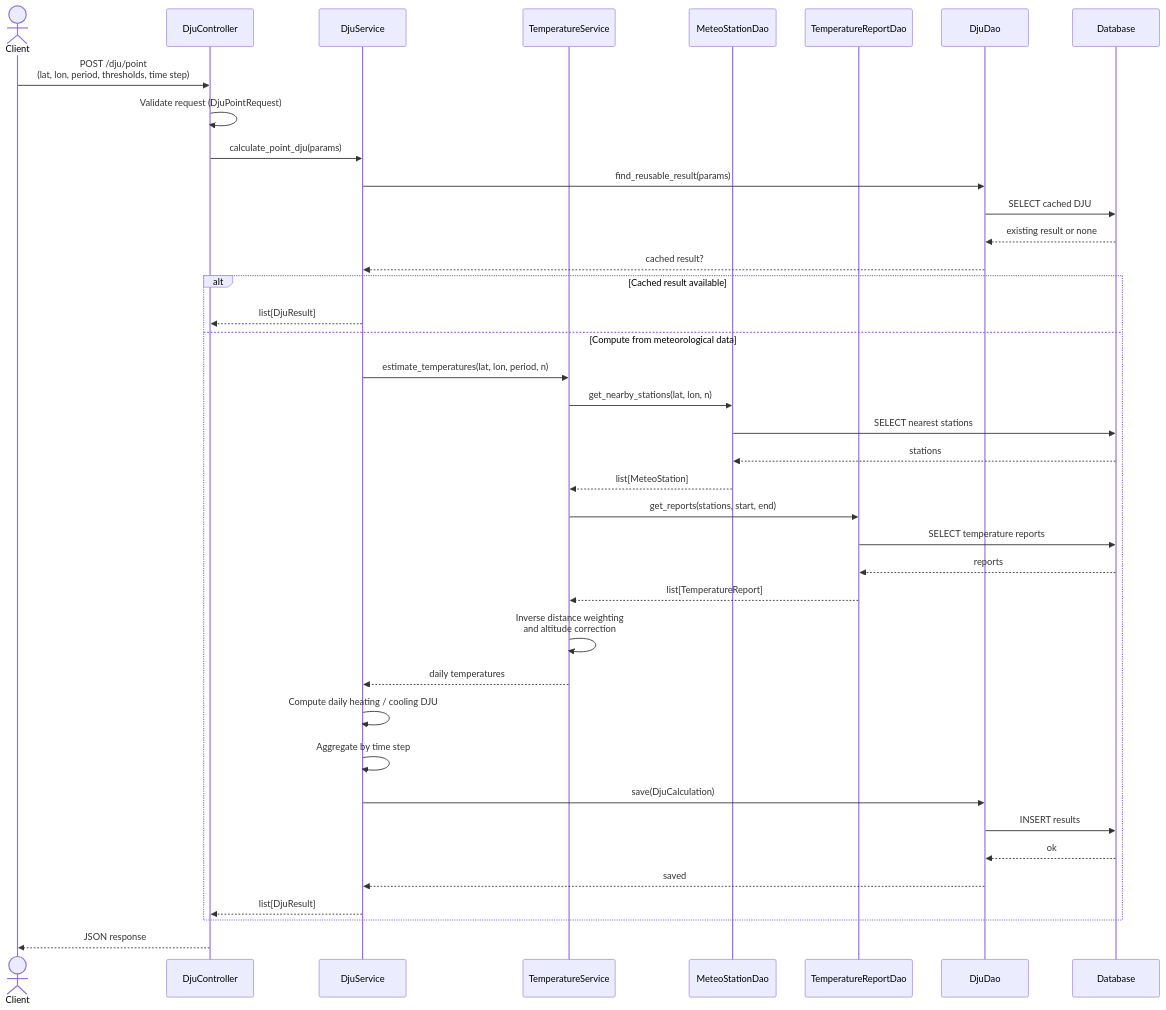
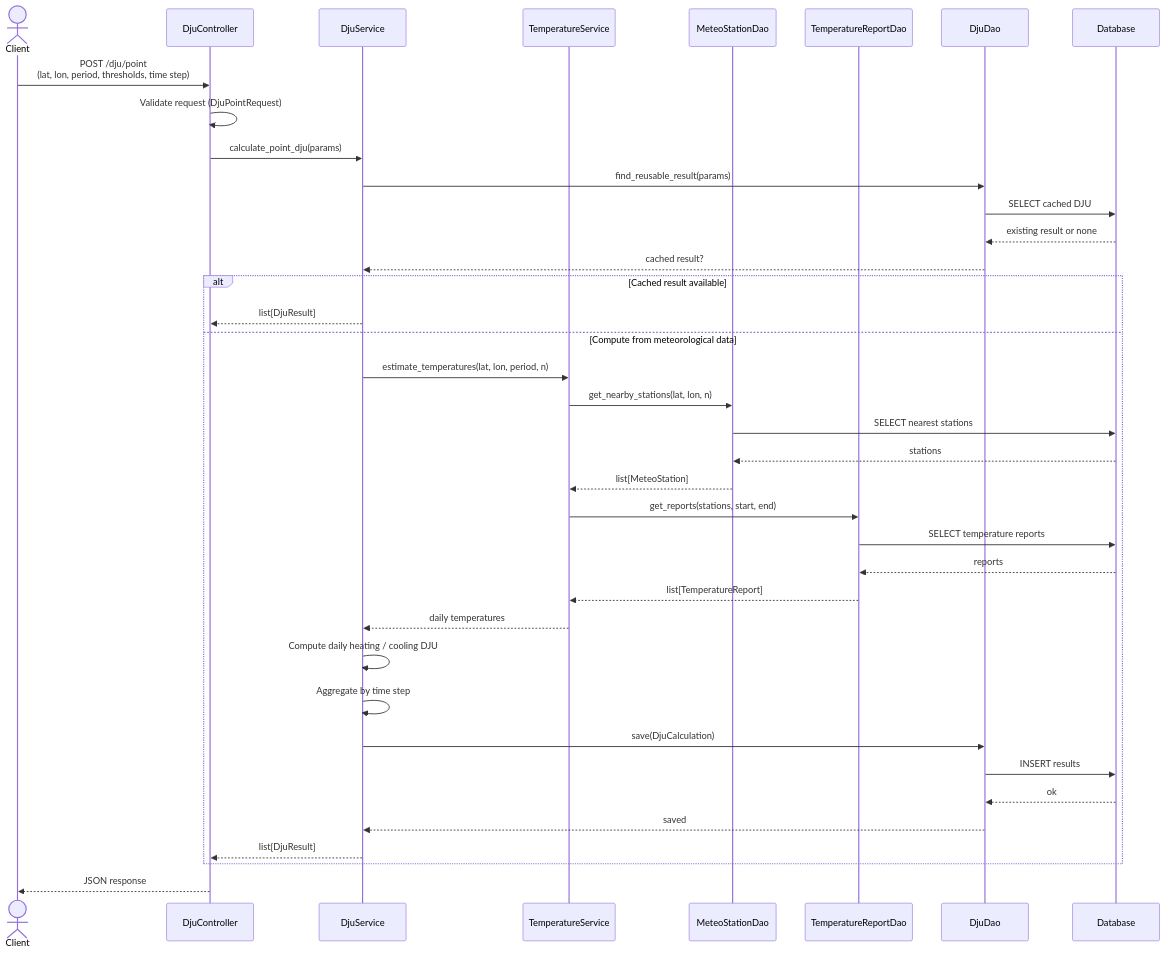
The first of 3 diagrams in doc/sequence_diagram.md (gabriel-dahan/ensai-it-project-2a-team12), drawn with Mermaid before and after one commit.

````diff
--- a/doc/sequence_diagram.md
+++ b/doc/sequence_diagram.md
@@ -5,50 +5,49 @@
 ```mermaid
 sequenceDiagram
     actor Client
     participant Controller as DjuController
     participant DjuSvc as DjuService
     participant TempSvc as TemperatureService
     participant StationDao as MeteoStationDao
     participant ReportDao as TemperatureReportDao
     participant DjuDao as DjuDao
     participant DB as Database
 
     Client->>Controller: POST /dju/point<br/>(lat, lon, period, thresholds, time step)
     Controller->>Controller: Validate request (DjuPointRequest)
     Controller->>DjuSvc: calculate_point_dju(params)
 
     DjuSvc->>DjuDao: find_reusable_result(params)
     DjuDao->>DB: SELECT cached DJU
     DB-->>DjuDao: existing result or none
     DjuDao-->>DjuSvc: cached result?
 
     alt Cached result available
         DjuSvc-->>Controller: list[DjuResult]
     else Compute from meteorological data
         DjuSvc->>TempSvc: estimate_temperatures(lat, lon, period, n)
         TempSvc->>StationDao: get_nearby_stations(lat, lon, n)
         StationDao->>DB: SELECT nearest stations
         DB-->>StationDao: stations
         StationDao-->>TempSvc: list[MeteoStation]
 
         TempSvc->>ReportDao: get_reports(stations, start, end)
         ReportDao->>DB: SELECT temperature reports
         DB-->>ReportDao: reports
         ReportDao-->>TempSvc: list[TemperatureReport]
 
-        TempSvc->>TempSvc: Inverse distance weighting<br/>and altitude correction
         TempSvc-->>DjuSvc: daily temperatures
 
         DjuSvc->>DjuSvc: Compute daily heating / cooling DJU
         DjuSvc->>DjuSvc: Aggregate by time step
 
         DjuSvc->>DjuDao: save(DjuCalculation)
         DjuDao->>DB: INSERT results
         DB-->>DjuDao: ok
         DjuDao-->>DjuSvc: saved
 
         DjuSvc-->>Controller: list[DjuResult]
     end
 
     Controller-->>Client: JSON response
 ```
````
